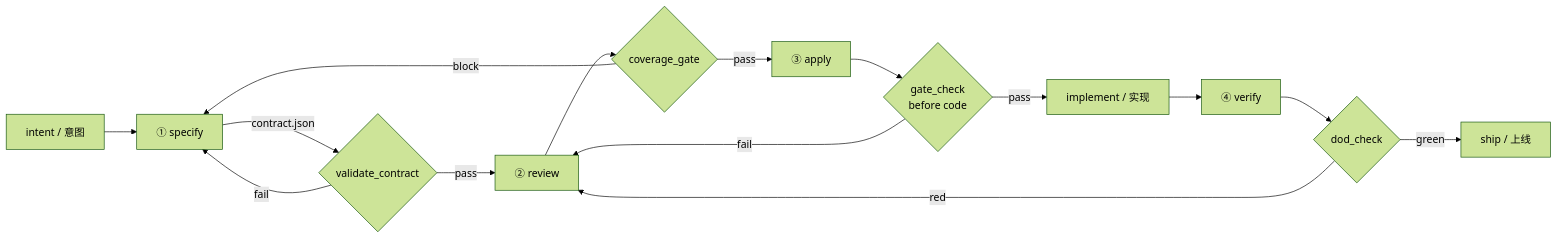
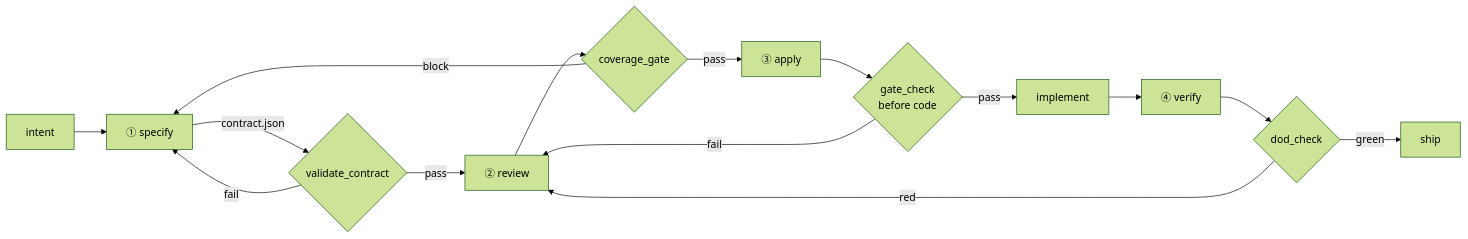
One commit to 15241171955-boop/agent-delivery-kit changed the first of 3 diagrams in docs/architecture.md. Above: the diagram before and after it, drawn with Mermaid (forest theme). The commit also changed other lines of this file and 13 other files, not shown here.

````diff
--- a/docs/architecture.md
+++ b/docs/architecture.md
@@ -5,17 +5,17 @@
 ```mermaid
 flowchart LR
-  I[intent / 意图] --> S1[① specify]
+  I[intent] --> S1[① specify]
   S1 -->|contract.json| G1{validate_contract}
   G1 -->|pass| S2[② review]
   G1 -->|fail| S1
   S2 --> G2{coverage_gate}
   G2 -->|pass| S3[③ apply]
   G2 -->|block| S1
   S3 --> G3{gate_check<br/>before code}
-  G3 -->|pass| IMPL[implement / 实现]
+  G3 -->|pass| IMPL[implement]
   G3 -->|fail| S2
   IMPL --> S4[④ verify]
   S4 --> G4{dod_check}
-  G4 -->|green| SHIP[ship / 上线]
+  G4 -->|green| SHIP[ship]
   G4 -->|red| S2
 ```
````
